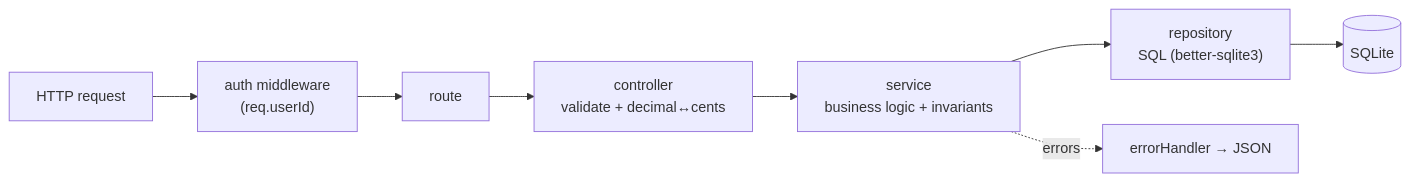
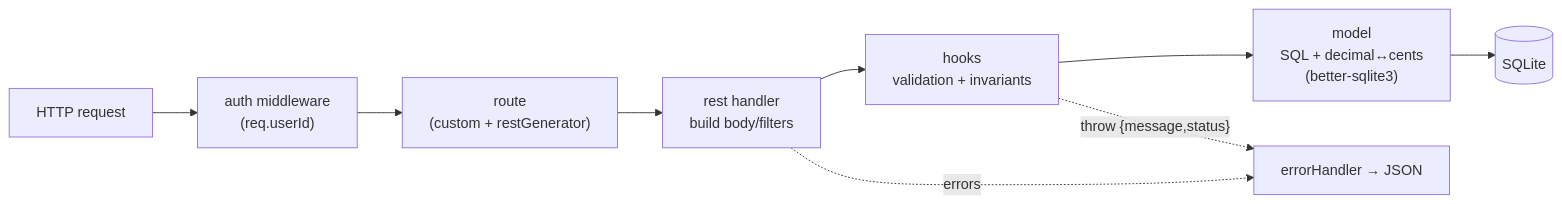
One commit to JayroGG/balance changed the fourth of 4 diagrams in ARCHITECTURE.md. Above: the diagram before and after it, drawn with Mermaid. The commit also changed other lines of this file and 2 other files, not shown here.

First line of the commit message:
docs: align ARCHITECTURE/PRD/CLAUDE with entity pattern

````diff
--- a/ARCHITECTURE.md
+++ b/ARCHITECTURE.md
@@ -92,10 +97,11 @@
 ```mermaid
 flowchart LR
     req["HTTP request"] --> auth["auth middleware<br/>(req.userId)"]
-    auth --> route["route"]
-    route --> ctrl["controller<br/>validate + decimal↔cents"]
-    ctrl --> svc["service<br/>business logic + invariants"]
-    svc --> repo["repository<br/>SQL (better-sqlite3)"]
-    repo --> db[("SQLite")]
-    svc -. errors .-> err["errorHandler → JSON"]
+    auth --> route["route<br/>(custom + restGenerator)"]
+    route --> handler["rest handler<br/>build body/filters"]
+    handler --> hook["hooks<br/>validation + invariants"]
+    hook --> model["model<br/>SQL + decimal↔cents<br/>(better-sqlite3)"]
+    model --> db[("SQLite")]
+    hook -. throw {message,status} .-> err["errorHandler → JSON"]
+    handler -. errors .-> err
 ```
````
